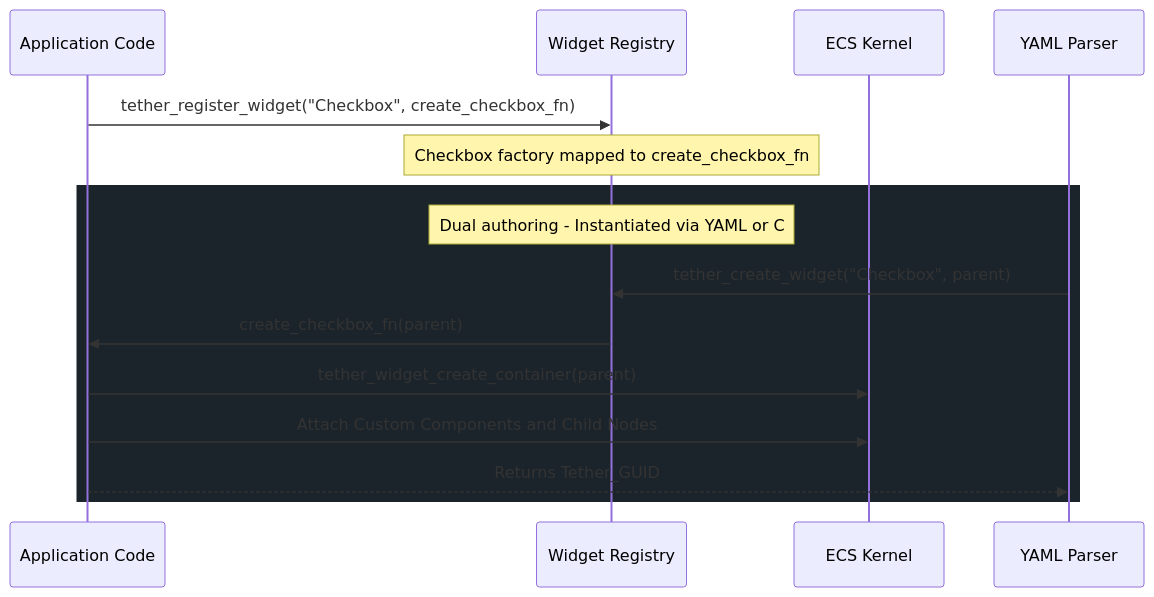
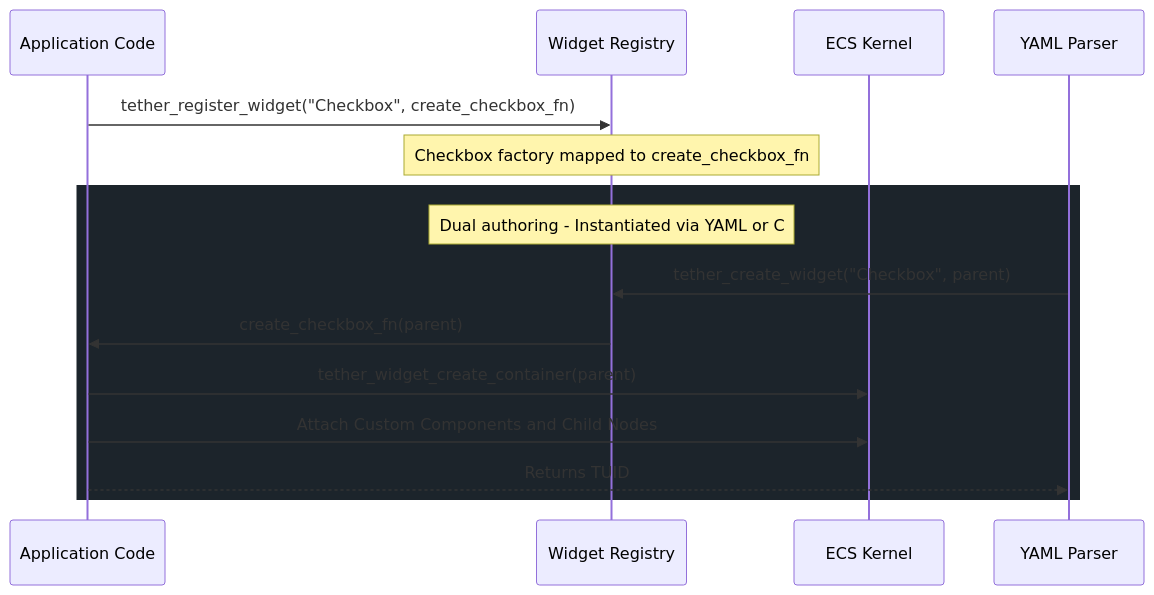
The third of 4 diagrams in docs/technical/05_ui_framework_and_widgets.md (Yuvi-GD/Tether), drawn with Mermaid before and after one commit. The commit also changed other lines of this file and 84 other files, not shown here.

Commit message:
refactor(core): rename Tether_GUID to TUID across codebase and documentation

````diff
--- a/docs/technical/05_ui_framework_and_widgets.md
+++ b/docs/technical/05_ui_framework_and_widgets.md
@@ -402,19 +402,19 @@
 ```mermaid
 sequenceDiagram
     participant Dev as Application Code
     participant Reg as Widget Registry
     participant ECS as ECS Kernel
     participant Parser as YAML Parser
 
     Dev->>Reg: tether_register_widget("Checkbox", create_checkbox_fn)
     Note over Reg: Checkbox factory mapped to create_checkbox_fn
 
     rect rgb(28, 36, 43)
         Note over Reg: Dual authoring - Instantiated via YAML or C
         Parser->>Reg: tether_create_widget("Checkbox", parent)
         Reg->>Dev: create_checkbox_fn(parent)
         Dev->>ECS: tether_widget_create_container(parent)
         Dev->>ECS: Attach Custom Components and Child Nodes
-        Dev-->>Parser: Returns Tether_GUID
+        Dev-->>Parser: Returns TUID
     end
 ```
````
